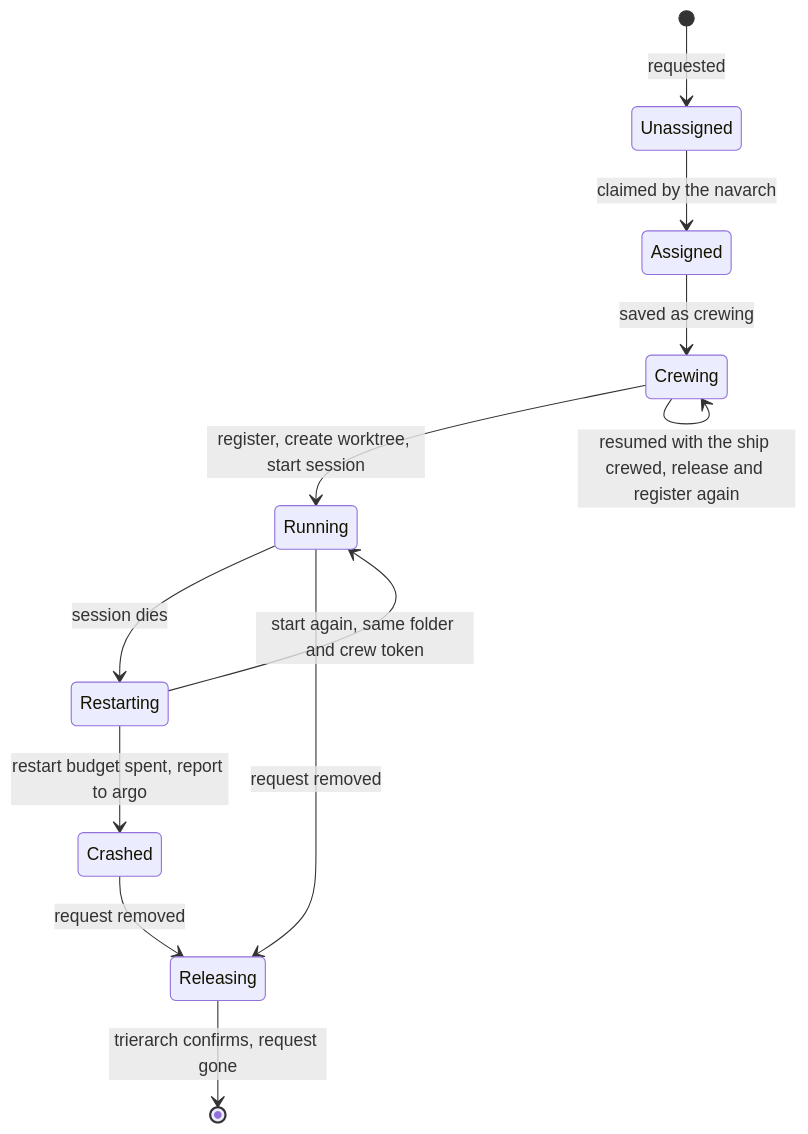
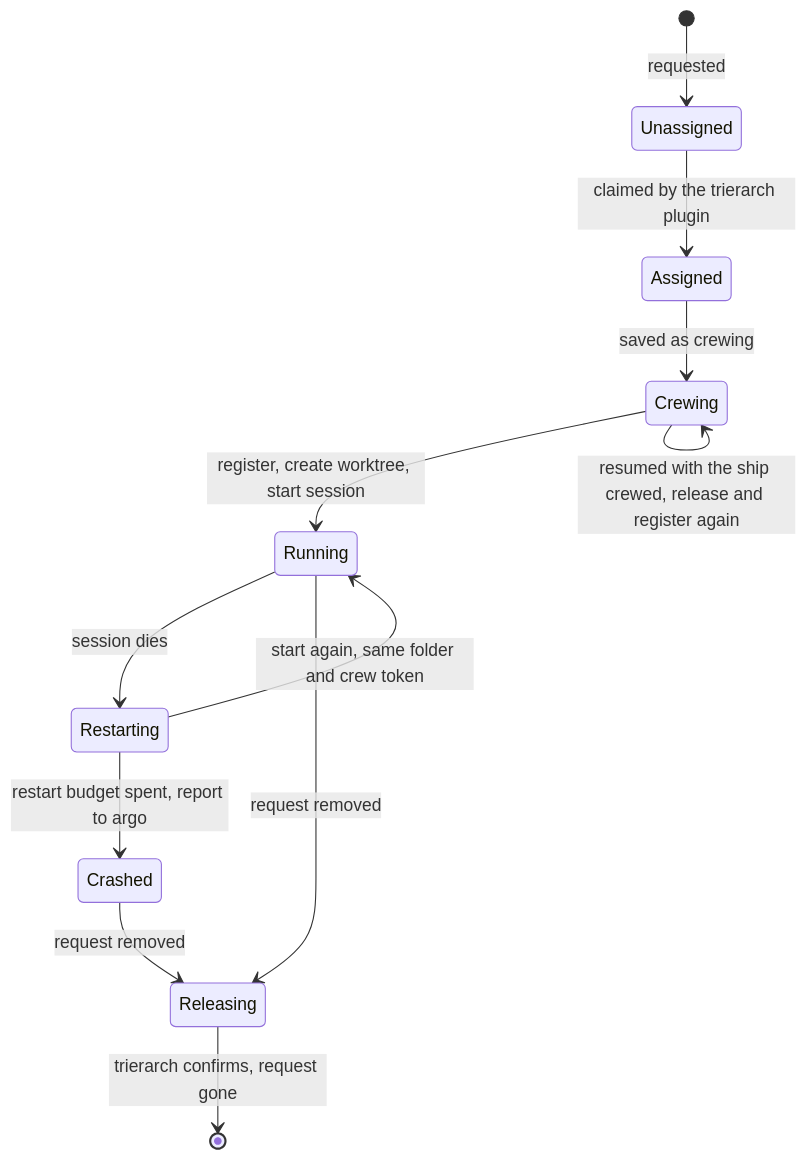
The diagram in docs/trierarch.md (ThomasHendrickx/aeolus-fleet), drawn with Mermaid before and after one commit. The commit also changed other lines of this file and 8 other files, not shown here.

First line of the commit message:
docs(trierarch): the trierarch plugin is @aeolus-fleet/trierarch-plugin

````diff
--- a/docs/trierarch.md
+++ b/docs/trierarch.md
@@ -143,14 +143,14 @@
 ```mermaid
 stateDiagram-v2
   [*] --> Unassigned: requested
-  Unassigned --> Assigned: claimed by the navarch
+  Unassigned --> Assigned: claimed by the trierarch plugin
   Assigned --> Crewing: saved as crewing
   Crewing --> Running: register, create worktree, start session
   Crewing --> Crewing: resumed with the ship crewed, release and register again
   Running --> Restarting: session dies
   Restarting --> Running: start again, same folder and crew token
   Restarting --> Crashed: restart budget spent, report to argo
   Running --> Releasing: request removed
   Crashed --> Releasing: request removed
   Releasing --> [*]: trierarch confirms, request gone
 ```
````
